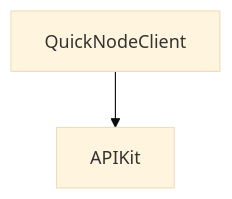
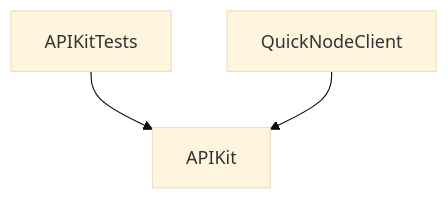
The diagram in Packages/ClientPackage/README.md (caaaption/caaaption), drawn with Mermaid (base theme) before and after one commit.

Commit message:
Run dgraph (#302)

````diff
--- a/Packages/ClientPackage/README.md
+++ b/Packages/ClientPackage/README.md
@@ -3,4 +3,5 @@
 ```mermaid
 graph TD;
+    APIKitTests-->APIKit;
     QuickNodeClient-->APIKit;
 ```
````
